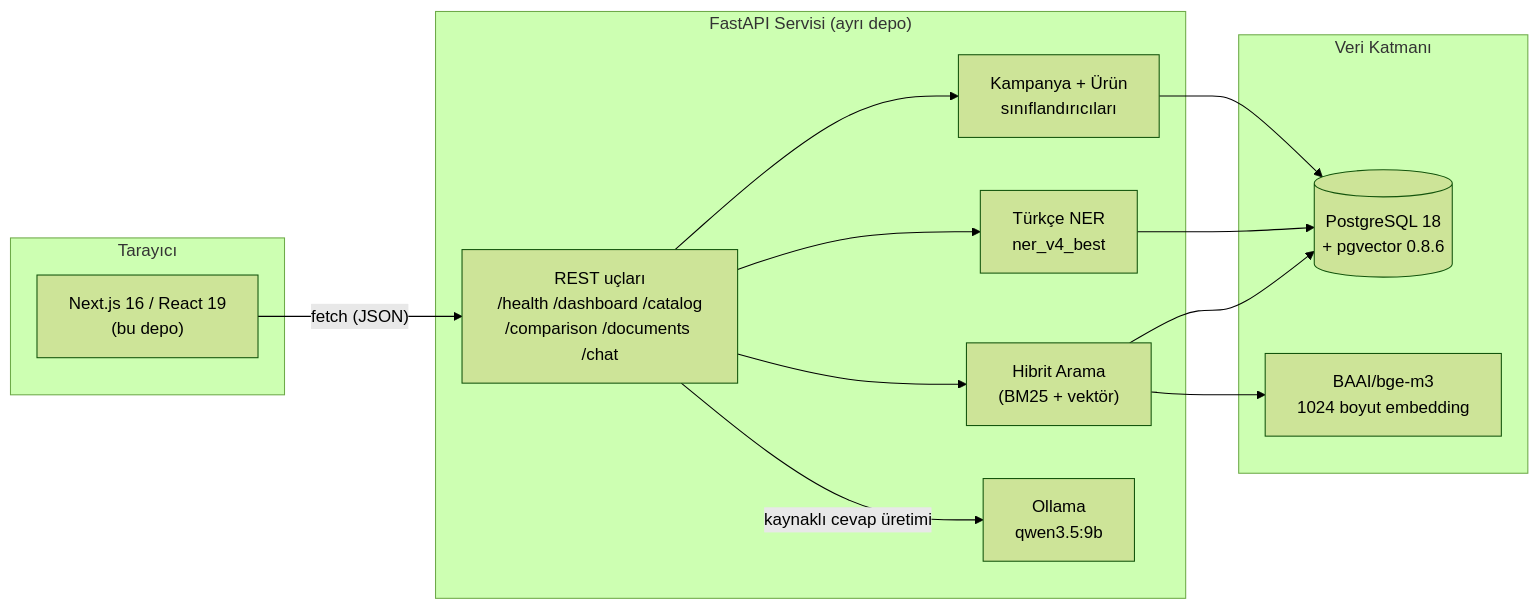
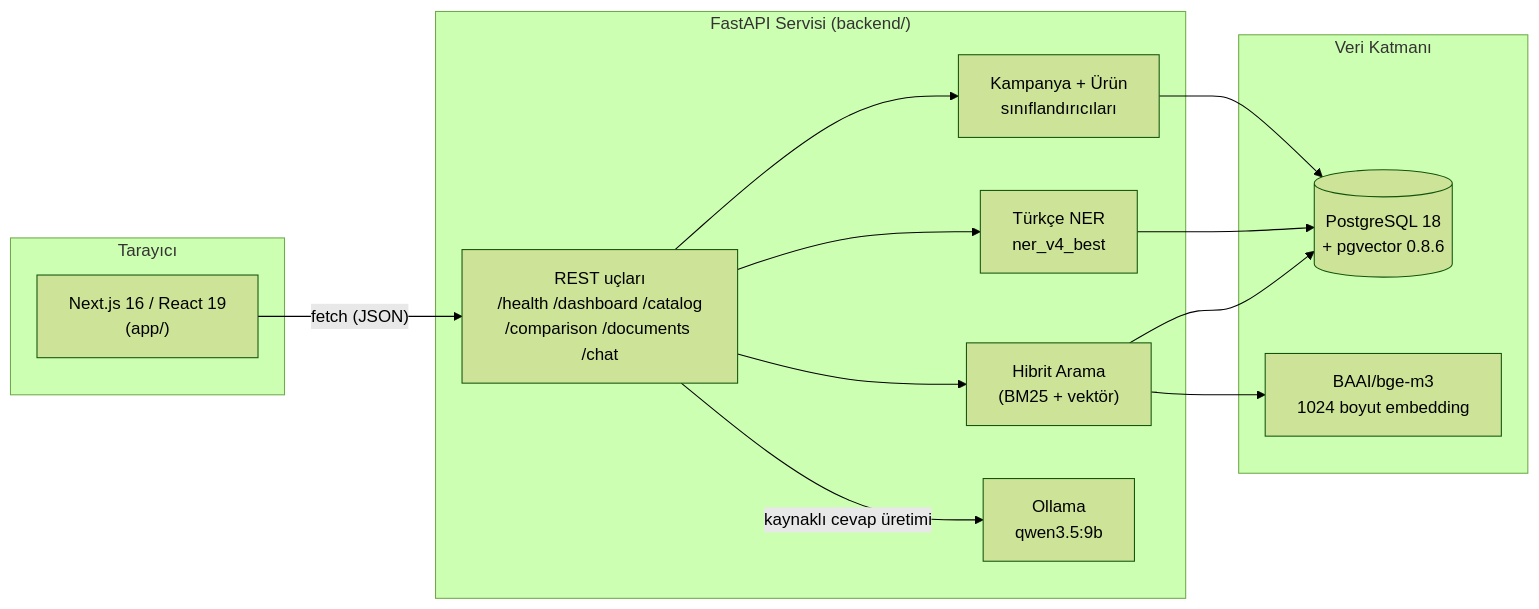
The diagram in README.md (abdulkadiripek/HititFinLex-Teknofest2026), drawn with Mermaid (forest theme) before and after one commit. The commit also changed other lines of this file and 119 other files, not shown here.

````diff
--- a/README.md
+++ b/README.md
@@ -47,29 +55,29 @@
 ```mermaid
 flowchart LR
     subgraph Client["Tarayıcı"]
-        UI["Next.js 16 / React 19\n(bu depo)"]
+        UI["Next.js 16 / React 19\n(app/)"]
     end
 
-    subgraph API["FastAPI Servisi (ayrı depo)"]
+    subgraph API["FastAPI Servisi (backend/)"]
         REST["REST uçları\n/health /dashboard /catalog\n/comparison /documents /chat"]
         NER["Türkçe NER\nner_v4_best"]
         CLS["Kampanya + Ürün\nsınıflandırıcıları"]
         HYB["Hibrit Arama\n(BM25 + vektör)"]
         LLM["Ollama\nqwen3.5:9b"]
     end
 
     subgraph Data["Veri Katmanı"]
         PG[("PostgreSQL 18\n+ pgvector 0.8.6")]
         EMB["BAAI/bge-m3\n1024 boyut embedding"]
     end
 
     UI -- "fetch (JSON)" --> REST
     REST --> NER
     REST --> CLS
     REST --> HYB
     HYB --> EMB
     HYB --> PG
     REST -- "kaynaklı cevap üretimi" --> LLM
     NER --> PG
     CLS --> PG
 ```
````
